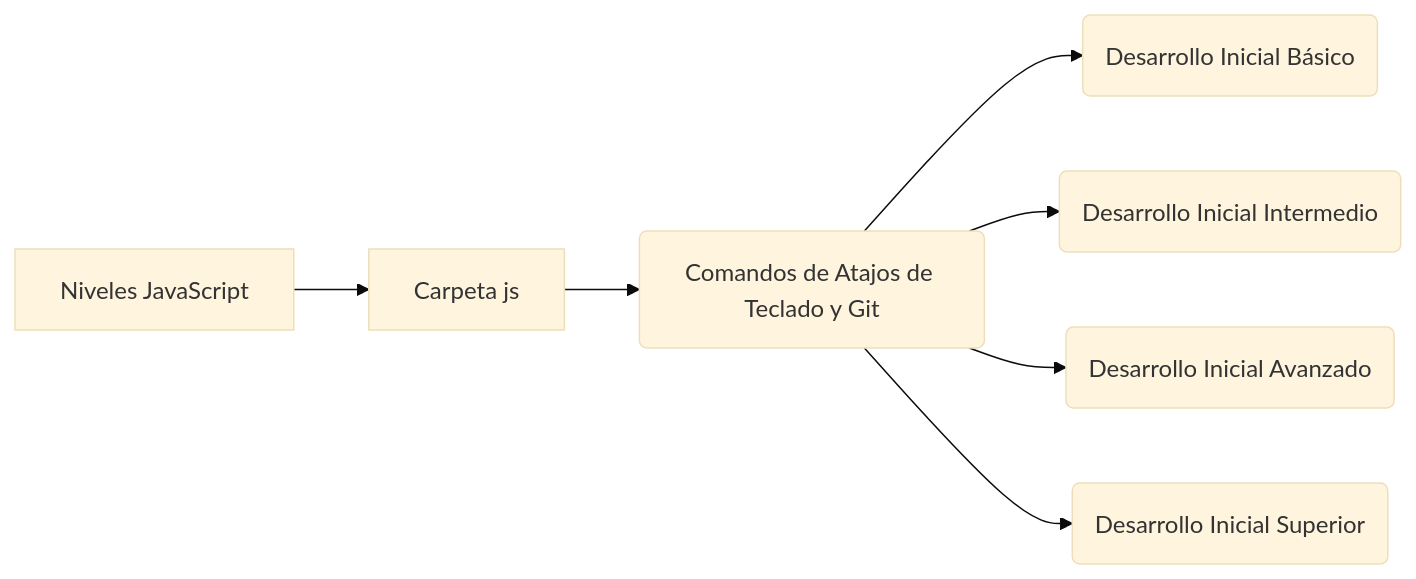
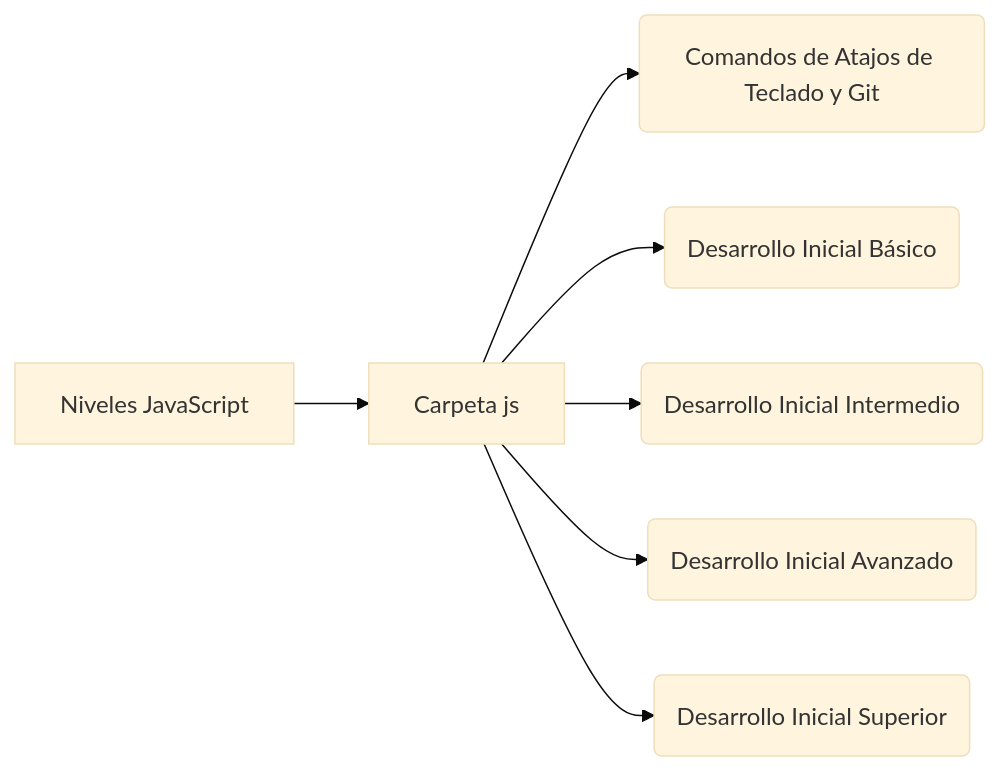
One commit to DragonFenixOwi/Resumen_FrontEnd_Inicial_2020 changed the diagram in README.md. Above: the diagram before and after it, drawn with Mermaid (base theme).

````diff
--- a/README.md
+++ b/README.md
@@ -29,9 +29,9 @@
 ```mermaid
 graph LR
 	A[Niveles JavaScript] --> B[Carpeta js]--> C(Comandos de Atajos de Teclado y Git)
-	C --> D(Desarrollo Inicial Básico)
-	C --> E(Desarrollo Inicial Intermedio)
-	C --> F(Desarrollo Inicial Avanzado)
-    	C --> G(Desarrollo Inicial Superior)
+	B --> D(Desarrollo Inicial Básico)
+	B --> E(Desarrollo Inicial Intermedio)
+	B --> F(Desarrollo Inicial Avanzado)
+    	B --> G(Desarrollo Inicial Superior)
 	
 ```
````
